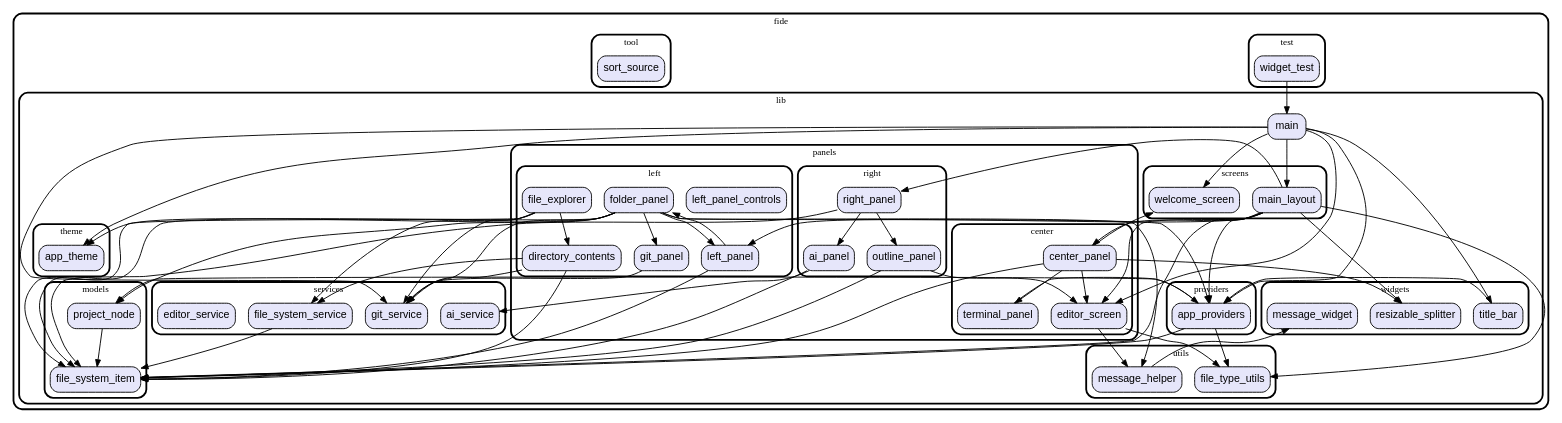
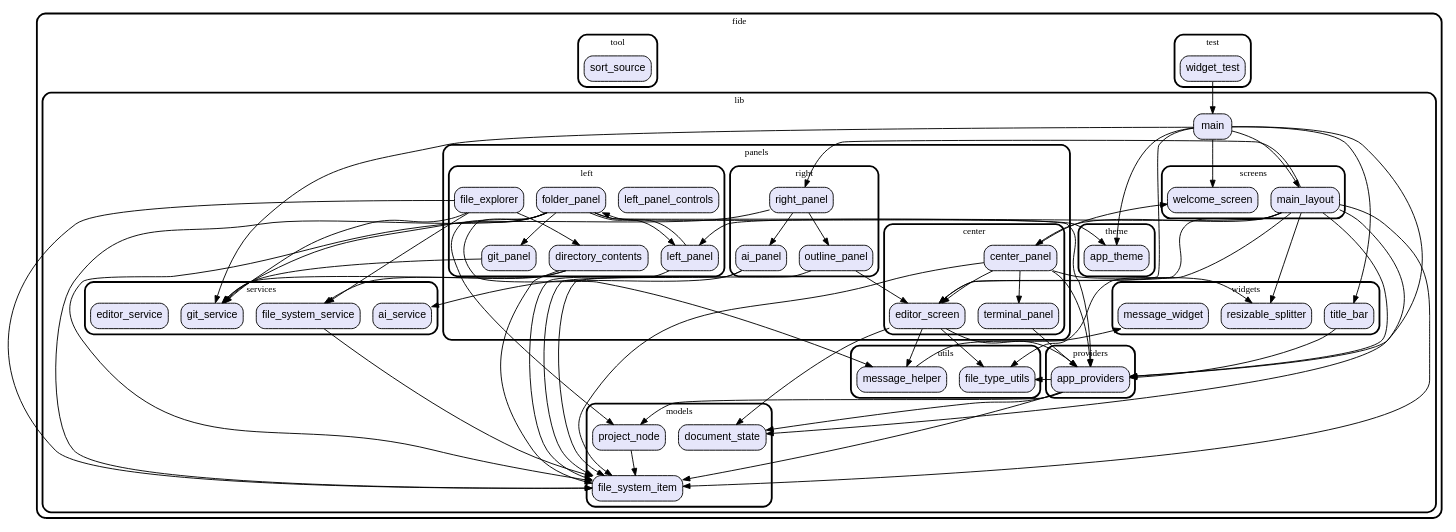
The diagram in graph.dot (vteam-com/FIDE), drawn with Graphviz before and after one commit. The commit also changed 6 other files, not shown here.

```diff
--- a/graph.dot
+++ b/graph.dot
@@ -1,166 +1,173 @@
 digraph "" {
   graph [style=rounded fontname="Arial Black" fontsize=13 penwidth=2.6];
   node [shape=rect style="filled,rounded" fontname=Arial fontsize=15 fillcolor=Lavender penwidth=1.3];
   edge [penwidth=1.3];
   "/test/widget_test.dart" [label="widget_test"];
   "/lib/providers/app_providers.dart" [label="app_providers"];
   "/lib/panels/right/outline_panel.dart" [label="outline_panel"];
   "/lib/panels/right/ai_panel.dart" [label="ai_panel"];
   "/lib/panels/right/right_panel.dart" [label="right_panel"];
   "/lib/panels/center/editor_screen.dart" [label="editor_screen"];
   "/lib/panels/center/terminal_panel.dart" [label="terminal_panel"];
   "/lib/panels/center/center_panel.dart" [label="center_panel"];
   "/lib/panels/left/git_panel.dart" [label="git_panel"];
   "/lib/panels/left/left_panel_controls.dart" [label="left_panel_controls"];
   "/lib/panels/left/directory_contents.dart" [label="directory_contents"];
   "/lib/panels/left/folder_panel.dart" [label="folder_panel"];
   "/lib/panels/left/file_explorer.dart" [label="file_explorer"];
   "/lib/panels/left/left_panel.dart" [label="left_panel"];
   "/lib/utils/message_helper.dart" [label="message_helper"];
   "/lib/utils/file_type_utils.dart" [label="file_type_utils"];
   "/lib/models/project_node.dart" [label="project_node"];
+  "/lib/models/document_state.dart" [label="document_state"];
   "/lib/models/file_system_item.dart" [label="file_system_item"];
   "/lib/screens/main_layout.dart" [label="main_layout"];
   "/lib/screens/welcome_screen.dart" [label="welcome_screen"];
   "/lib/main.dart" [label="main"];
   "/lib/theme/app_theme.dart" [label="app_theme"];
   "/lib/services/git_service.dart" [label="git_service"];
   "/lib/services/ai_service.dart" [label="ai_service"];
   "/lib/services/file_system_service.dart" [label="file_system_service"];
   "/lib/services/editor_service.dart" [label="editor_service"];
   "/lib/widgets/resizable_splitter.dart" [label="resizable_splitter"];
   "/lib/widgets/title_bar.dart" [label="title_bar"];
   "/lib/widgets/message_widget.dart" [label="message_widget"];
   "/tool/sort_source.dart" [label="sort_source"];
   subgraph "cluster~" {
     label="fide";
     subgraph "cluster~/test" {
       label="test";
       "/test/widget_test.dart";
     }
     subgraph "cluster~/lib" {
       label="lib";
       "/lib/main.dart";
       subgraph "cluster~/lib/providers" {
         label="providers";
         "/lib/providers/app_providers.dart";
       }
       subgraph "cluster~/lib/panels" {
         label="panels";
         subgraph "cluster~/lib/panels/right" {
           label="right";
           "/lib/panels/right/outline_panel.dart";
           "/lib/panels/right/ai_panel.dart";
           "/lib/panels/right/right_panel.dart";
         }
         subgraph "cluster~/lib/panels/center" {
           label="center";
           "/lib/panels/center/editor_screen.dart";
           "/lib/panels/center/terminal_panel.dart";
           "/lib/panels/center/center_panel.dart";
         }
         subgraph "cluster~/lib/panels/left" {
           label="left";
           "/lib/panels/left/git_panel.dart";
           "/lib/panels/left/left_panel_controls.dart";
           "/lib/panels/left/directory_contents.dart";
           "/lib/panels/left/folder_panel.dart";
           "/lib/panels/left/file_explorer.dart";
           "/lib/panels/left/left_panel.dart";
         }
       }
       subgraph "cluster~/lib/utils" {
         label="utils";
         "/lib/utils/message_helper.dart";
         "/lib/utils/file_type_utils.dart";
       }
       subgraph "cluster~/lib/models" {
         label="models";
         "/lib/models/project_node.dart";
+        "/lib/models/document_state.dart";
         "/lib/models/file_system_item.dart";
       }
       subgraph "cluster~/lib/screens" {
         label="screens";
         "/lib/screens/main_layout.dart";
         "/lib/screens/welcome_screen.dart";
       }
       subgraph "cluster~/lib/theme" {
         label="theme";
         "/lib/theme/app_theme.dart";
       }
       subgraph "cluster~/lib/services" {
         label="services";
         "/lib/services/git_service.dart";
         "/lib/services/ai_service.dart";
         "/lib/services/file_system_service.dart";
         "/lib/services/editor_service.dart";
       }
       subgraph "cluster~/lib/widgets" {
         label="widgets";
         "/lib/widgets/resizable_splitter.dart";
         "/lib/widgets/title_bar.dart";
         "/lib/widgets/message_widget.dart";
       }
     }
     subgraph "cluster~/tool" {
       label="tool";
       "/tool/sort_source.dart";
     }
   }
   "/test/widget_test.dart" -> "/lib/main.dart";
   "/lib/providers/app_providers.dart" -> "/lib/models/file_system_item.dart";
   "/lib/providers/app_providers.dart" -> "/lib/models/project_node.dart";
+  "/lib/providers/app_providers.dart" -> "/lib/models/document_state.dart";
   "/lib/providers/app_providers.dart" -> "/lib/utils/file_type_utils.dart";
   "/lib/panels/right/outline_panel.dart" -> "/lib/models/file_system_item.dart";
   "/lib/panels/right/outline_panel.dart" -> "/lib/panels/center/editor_screen.dart";
   "/lib/panels/right/ai_panel.dart" -> "/lib/services/ai_service.dart";
   "/lib/panels/right/ai_panel.dart" -> "/lib/models/file_system_item.dart";
   "/lib/panels/right/right_panel.dart" -> "/lib/panels/right/outline_panel.dart";
   "/lib/panels/right/right_panel.dart" -> "/lib/panels/right/ai_panel.dart";
   "/lib/panels/right/right_panel.dart" -> "/lib/models/file_system_item.dart";
+  "/lib/panels/center/editor_screen.dart" -> "/lib/providers/app_providers.dart";
   "/lib/panels/center/editor_screen.dart" -> "/lib/utils/message_helper.dart";
   "/lib/panels/center/editor_screen.dart" -> "/lib/utils/file_type_utils.dart";
+  "/lib/panels/center/editor_screen.dart" -> "/lib/models/document_state.dart";
   "/lib/panels/center/terminal_panel.dart" -> "/lib/providers/app_providers.dart";
+  "/lib/panels/center/center_panel.dart" -> "/lib/providers/app_providers.dart";
   "/lib/panels/center/center_panel.dart" -> "/lib/screens/welcome_screen.dart";
   "/lib/panels/center/center_panel.dart" -> "/lib/panels/center/editor_screen.dart";
   "/lib/panels/center/center_panel.dart" -> "/lib/panels/center/terminal_panel.dart";
   "/lib/panels/center/center_panel.dart" -> "/lib/widgets/resizable_splitter.dart";
   "/lib/panels/center/center_panel.dart" -> "/lib/models/file_system_item.dart";
   "/lib/panels/left/git_panel.dart" -> "/lib/services/git_service.dart";
   "/lib/panels/left/directory_contents.dart" -> "/lib/services/file_system_service.dart";
   "/lib/panels/left/directory_contents.dart" -> "/lib/services/git_service.dart";
   "/lib/panels/left/directory_contents.dart" -> "/lib/models/file_system_item.dart";
   "/lib/panels/left/folder_panel.dart" -> "/lib/models/project_node.dart";
   "/lib/panels/left/folder_panel.dart" -> "/lib/models/file_system_item.dart";
   "/lib/panels/left/folder_panel.dart" -> "/lib/services/git_service.dart";
   "/lib/panels/left/folder_panel.dart" -> "/lib/utils/message_helper.dart";
   "/lib/panels/left/folder_panel.dart" -> "/lib/panels/left/git_panel.dart";
   "/lib/panels/left/folder_panel.dart" -> "/lib/theme/app_theme.dart";
   "/lib/panels/left/folder_panel.dart" -> "/lib/panels/left/left_panel.dart";
   "/lib/panels/left/folder_panel.dart" -> "/lib/providers/app_providers.dart";
   "/lib/panels/left/file_explorer.dart" -> "/lib/services/file_system_service.dart";
   "/lib/panels/left/file_explorer.dart" -> "/lib/services/git_service.dart";
   "/lib/panels/left/file_explorer.dart" -> "/lib/models/file_system_item.dart";
   "/lib/panels/left/file_explorer.dart" -> "/lib/panels/left/directory_contents.dart";
   "/lib/panels/left/left_panel.dart" -> "/lib/panels/left/folder_panel.dart";
   "/lib/panels/left/left_panel.dart" -> "/lib/models/file_system_item.dart";
   "/lib/utils/message_helper.dart" -> "/lib/widgets/message_widget.dart";
   "/lib/models/project_node.dart" -> "/lib/models/file_system_item.dart";
   "/lib/screens/main_layout.dart" -> "/lib/panels/center/editor_screen.dart";
   "/lib/screens/main_layout.dart" -> "/lib/providers/app_providers.dart";
   "/lib/screens/main_layout.dart" -> "/lib/models/file_system_item.dart";
+  "/lib/screens/main_layout.dart" -> "/lib/models/document_state.dart";
   "/lib/screens/main_layout.dart" -> "/lib/utils/file_type_utils.dart";
   "/lib/screens/main_layout.dart" -> "/lib/widgets/resizable_splitter.dart";
   "/lib/screens/main_layout.dart" -> "/lib/panels/left/left_panel.dart";
   "/lib/screens/main_layout.dart" -> "/lib/panels/center/center_panel.dart";
   "/lib/screens/main_layout.dart" -> "/lib/panels/right/right_panel.dart";
   "/lib/main.dart" -> "/lib/providers/app_providers.dart";
   "/lib/main.dart" -> "/lib/screens/main_layout.dart";
   "/lib/main.dart" -> "/lib/widgets/title_bar.dart";
   "/lib/main.dart" -> "/lib/panels/center/editor_screen.dart";
   "/lib/main.dart" -> "/lib/screens/welcome_screen.dart";
   "/lib/main.dart" -> "/lib/services/git_service.dart";
   "/lib/main.dart" -> "/lib/theme/app_theme.dart";
   "/lib/services/file_system_service.dart" -> "/lib/models/file_system_item.dart";
   "/lib/widgets/title_bar.dart" -> "/lib/providers/app_providers.dart";
 }
```
